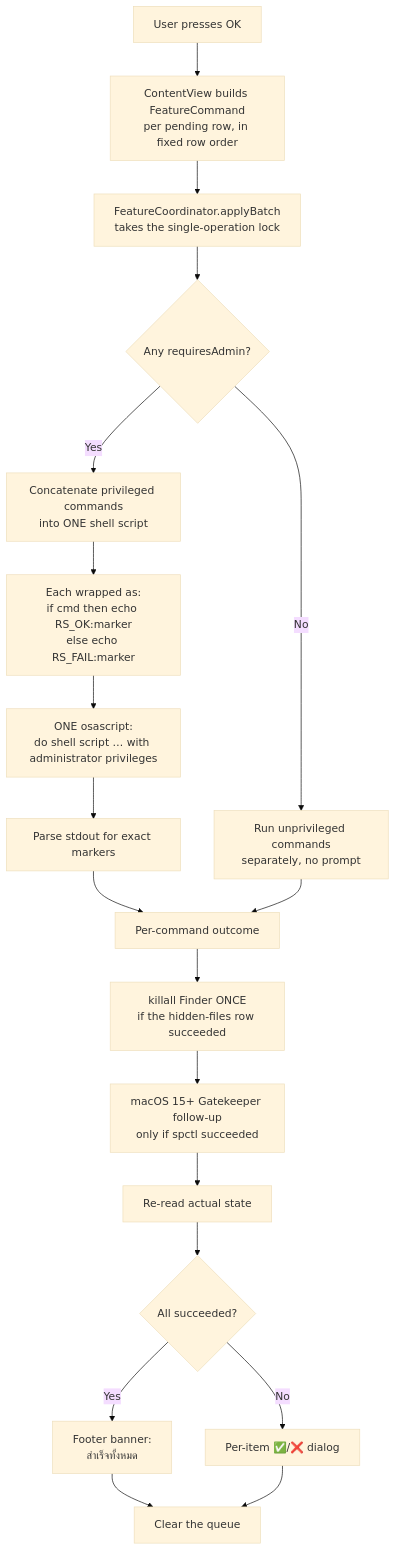
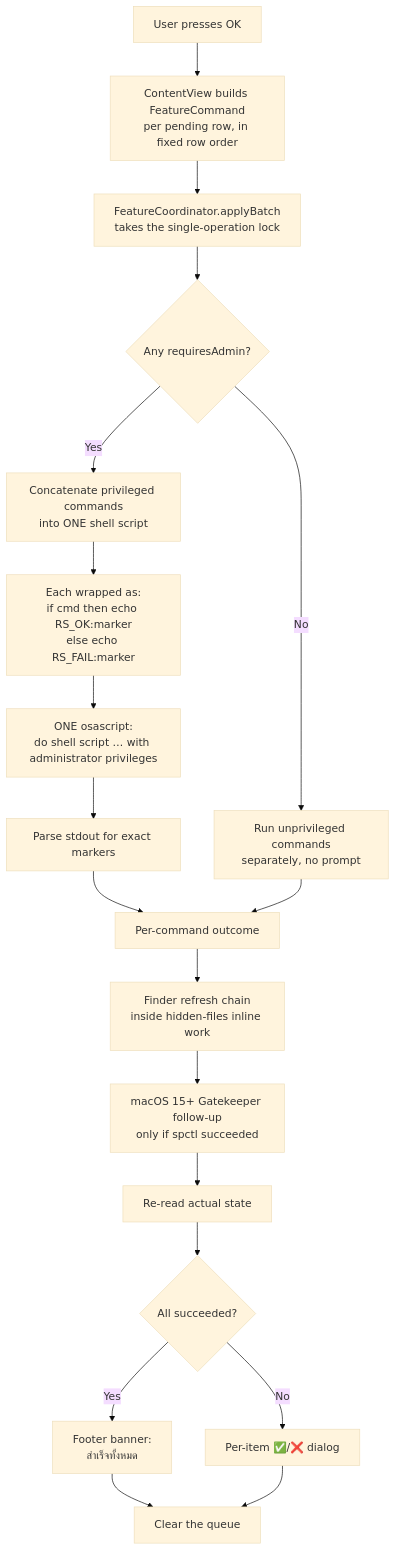
Before and after one commit to pppoipoit/Rosetta_Stone: the diagram in docs/FEATURES.md, drawn with Mermaid (base theme). The commit also changed other lines of this file and 10 other files, not shown here.

````diff
--- a/docs/FEATURES.md
+++ b/docs/FEATURES.md
@@ -713,21 +713,21 @@
 ```mermaid
 flowchart TD
     A[User presses OK] --> B[ContentView builds FeatureCommand<br/>per pending row, in fixed row order]
     B --> C[FeatureCoordinator.applyBatch<br/>takes the single-operation lock]
     C --> D{Any requiresAdmin?}
     D -- Yes --> E[Concatenate privileged commands<br/>into ONE shell script]
     E --> F[Each wrapped as:<br/>if cmd then echo RS_OK:marker<br/>else echo RS_FAIL:marker]
     F --> G[ONE osascript:<br/>do shell script … with administrator privileges]
     G --> H[Parse stdout for exact markers]
     H --> I[Per-command outcome]
     D -- No --> J[Run unprivileged commands<br/>separately, no prompt]
     J --> I
-    I --> K[killall Finder ONCE<br/>if the hidden-files row succeeded]
+    I --> K[Finder refresh chain<br/>inside hidden-files inline work]
     K --> L[macOS 15+ Gatekeeper follow-up<br/>only if spctl succeeded]
     L --> M[Re-read actual state]
     M --> N{All succeeded?}
     N -- Yes --> O[Footer banner:<br/>สำเร็จทั้งหมด]
     N -- No --> P[Per-item ✅/❌ dialog]
     O --> Q[Clear the queue]
     P --> Q
 ```
````
